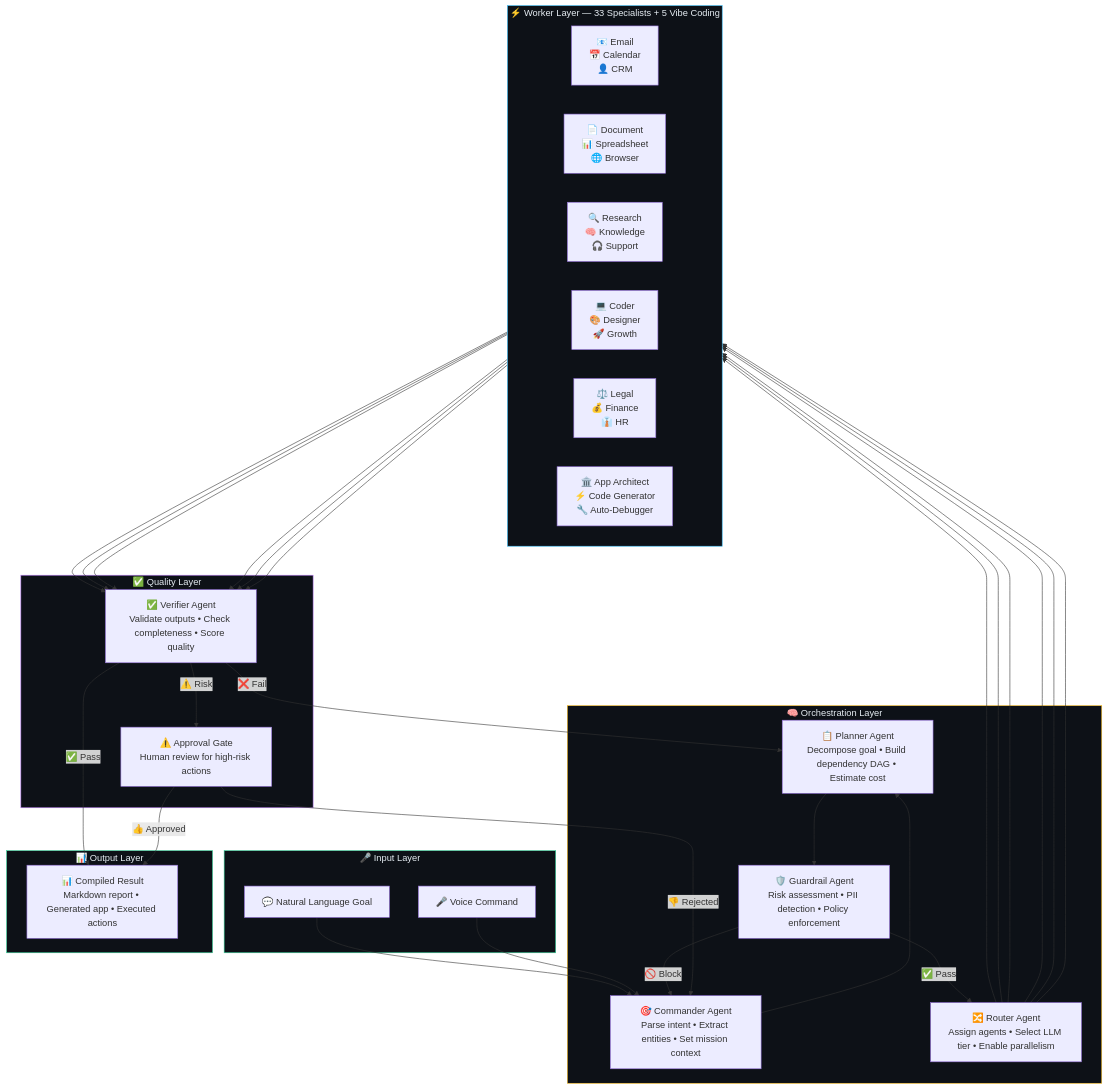
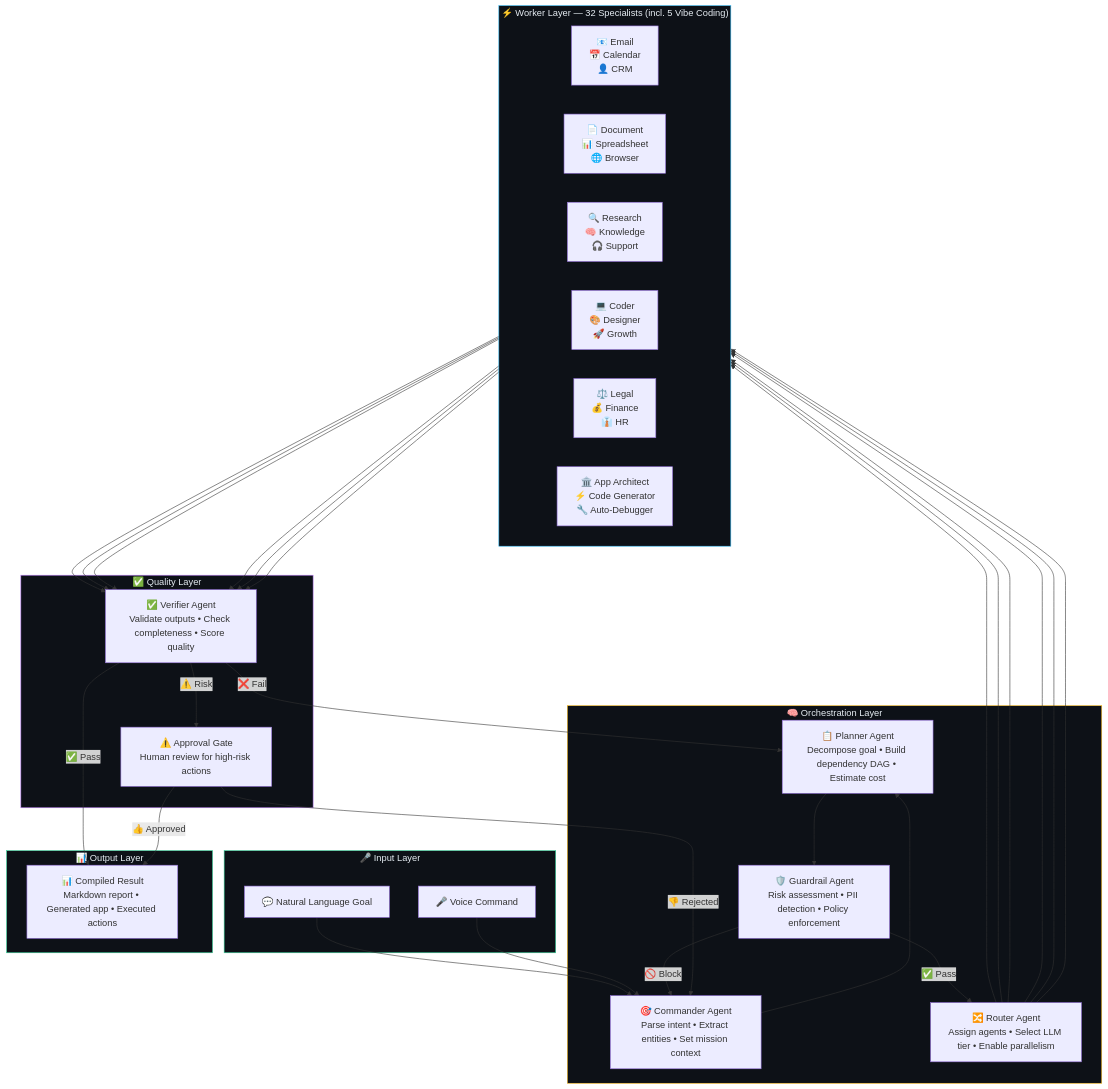
One commit to inbharatai/jak-swarm changed the first of 4 diagrams in README.md. Above: the diagram before and after it, drawn with Mermaid. The commit also changed other lines of this file and 16 other files, not shown here.

````diff
--- a/README.md
+++ b/README.md
@@ -58,53 +58,53 @@
 ```mermaid
 flowchart TD
     subgraph INPUT["🎤 Input Layer"]
         A["💬 Natural Language Goal"]
         B["🎤 Voice Command"]
     end
 
     subgraph ORCHESTRATION["🧠 Orchestration Layer"]
         C["🎯 Commander Agent\nParse intent • Extract entities • Set mission context"]
         D["📋 Planner Agent\nDecompose goal • Build dependency DAG • Estimate cost"]
         E["🛡️ Guardrail Agent\nRisk assessment • PII detection • Policy enforcement"]
         F["🔀 Router Agent\nAssign agents • Select LLM tier • Enable parallelism"]
     end
 
-    subgraph WORKERS["⚡ Worker Layer — 33 Specialists + 5 Vibe Coding"]
+    subgraph WORKERS["⚡ Worker Layer — 32 Specialists (incl. 5 Vibe Coding)"]
         direction LR
         G["📧 Email\n📅 Calendar\n👤 CRM"]
         H["📄 Document\n📊 Spreadsheet\n🌐 Browser"]
         I["🔍 Research\n🧠 Knowledge\n🎧 Support"]
         J["💻 Coder\n🎨 Designer\n🚀 Growth"]
         K["⚖️ Legal\n💰 Finance\n👔 HR"]
         L["🏛️ App Architect\n⚡ Code Generator\n🔧 Auto-Debugger"]
     end
 
     subgraph VERIFY["✅ Quality Layer"]
         M["✅ Verifier Agent\nValidate outputs • Check completeness • Score quality"]
         N["⚠️ Approval Gate\nHuman review for high-risk actions"]
     end
 
     subgraph OUTPUT["📊 Output Layer"]
         O["📊 Compiled Result\nMarkdown report • Generated app • Executed actions"]
     end
 
     A --> C
     B --> C
     C --> D
     D --> E
     E -->|"✅ Pass"| F
     E -->|"🚫 Block"| C
     F --> G & H & I & J & K & L
     G & H & I & J & K & L --> M
     M -->|"✅ Pass"| O
     M -->|"❌ Fail"| D
     M -->|"⚠️ Risk"| N
     N -->|"👍 Approved"| O
     N -->|"👎 Rejected"| C
 
     style INPUT fill:#0d1117,stroke:#34d399,color:#e6edf3
     style ORCHESTRATION fill:#0d1117,stroke:#fbbf24,color:#e6edf3
     style WORKERS fill:#0d1117,stroke:#38bdf8,color:#e6edf3
     style VERIFY fill:#0d1117,stroke:#c084fc,color:#e6edf3
     style OUTPUT fill:#0d1117,stroke:#34d399,color:#e6edf3
 ```
````
